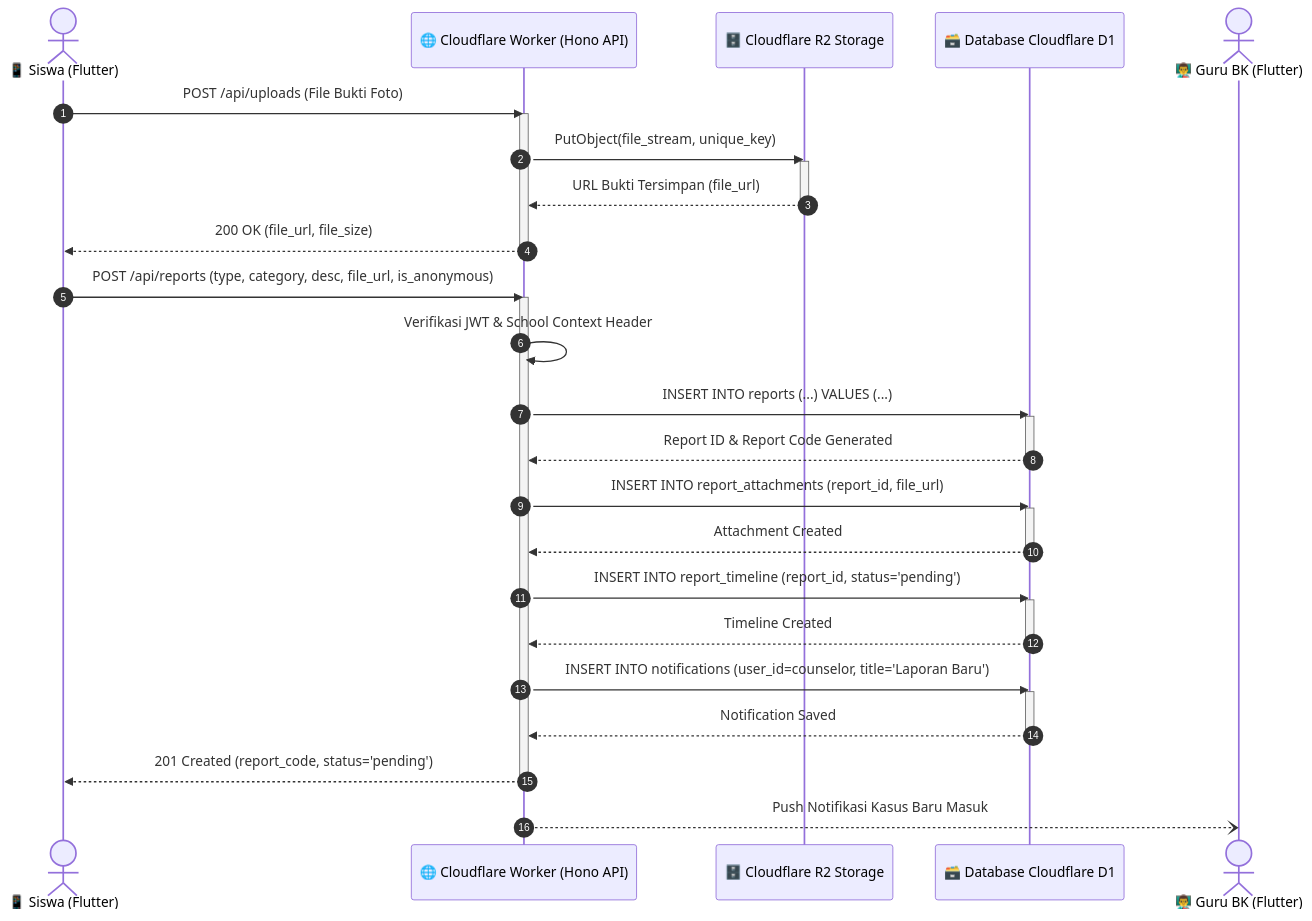
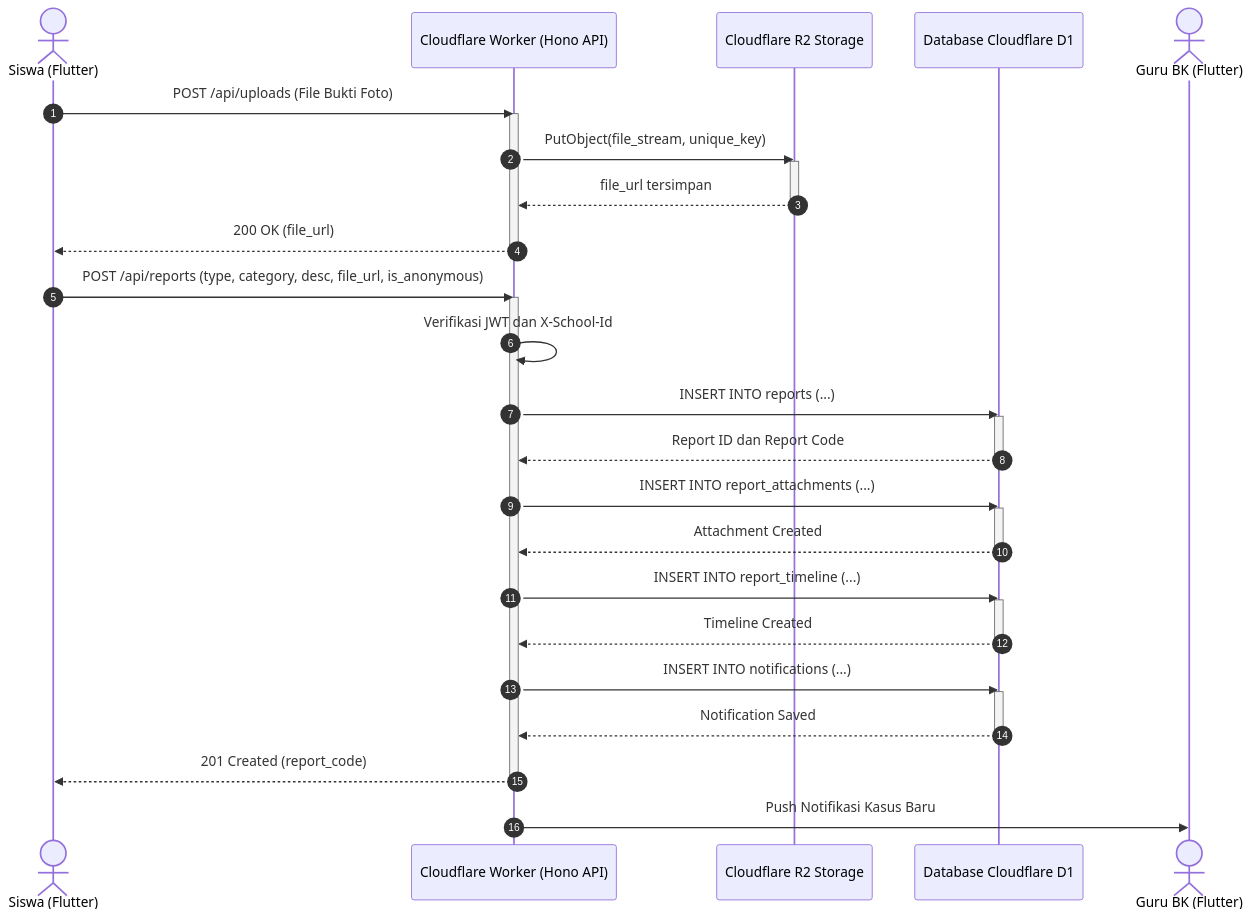
Before and after one commit to wahyuhidayatwyh-boop/APK-suarasiswa: the fourth of 7 diagrams in README.md, drawn with Mermaid. The commit also changed other lines of this file, not shown here.

Commit message:
fix(docs): optimize mermaid diagrams syntax for GitHub markdown renderer

````diff
--- a/README.md
+++ b/README.md
@@ -162,46 +162,46 @@
 ```mermaid
 sequenceDiagram
     autonumber
-    actor Siswa as 📱 Siswa (Flutter)
-    participant API as 🌐 Cloudflare Worker (Hono API)
-    participant R2 as 🗄️ Cloudflare R2 Storage
-    participant D1 as 🗃️ Database Cloudflare D1
-    actor GuruBK as 👨‍🏫 Guru BK (Flutter)
+    actor Siswa as Siswa (Flutter)
+    participant API as Cloudflare Worker (Hono API)
+    participant R2 as Cloudflare R2 Storage
+    participant D1 as Database Cloudflare D1
+    actor GuruBK as Guru BK (Flutter)
 
     Siswa->>API: POST /api/uploads (File Bukti Foto)
     activate API
     API->>R2: PutObject(file_stream, unique_key)
     activate R2
-    R2-->>API: URL Bukti Tersimpan (file_url)
+    R2-->>API: file_url tersimpan
     deactivate R2
-    API-->>Siswa: 200 OK (file_url, file_size)
+    API-->>Siswa: 200 OK (file_url)
     deactivate API
 
     Siswa->>API: POST /api/reports (type, category, desc, file_url, is_anonymous)
     activate API
-    API->>API: Verifikasi JWT & School Context Header
-    API->>D1: INSERT INTO reports (...) VALUES (...)
+    API->>API: Verifikasi JWT dan X-School-Id
+    API->>D1: INSERT INTO reports (...)
     activate D1
-    D1-->>API: Report ID & Report Code Generated
+    D1-->>API: Report ID dan Report Code
     deactivate D1
 
-    API->>D1: INSERT INTO report_attachments (report_id, file_url)
+    API->>D1: INSERT INTO report_attachments (...)
     activate D1
     D1-->>API: Attachment Created
     deactivate D1
 
-    API->>D1: INSERT INTO report_timeline (report_id, status='pending')
+    API->>D1: INSERT INTO report_timeline (...)
     activate D1
     D1-->>API: Timeline Created
     deactivate D1
 
-    API->>D1: INSERT INTO notifications (user_id=counselor, title='Laporan Baru')
+    API->>D1: INSERT INTO notifications (...)
     activate D1
     D1-->>API: Notification Saved
     deactivate D1
 
-    API-->>Siswa: 201 Created (report_code, status='pending')
+    API-->>Siswa: 201 Created (report_code)
     deactivate API
 
-    API--)GuruBK: Push Notifikasi Kasus Baru Masuk
+    API->>GuruBK: Push Notifikasi Kasus Baru
 ```
````
